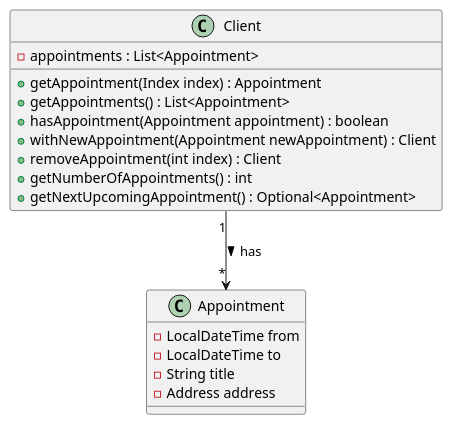
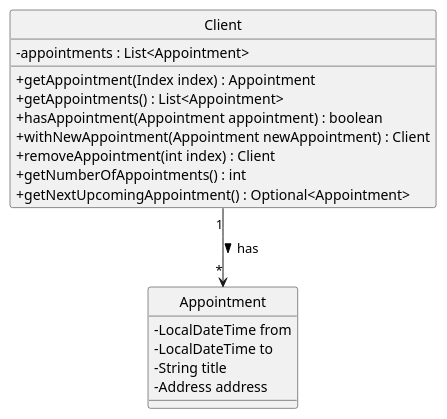
The diagram in docs/diagrams/AppointmentClassDiagram.puml (camille-readbean/tp), drawn with PlantUML before and after one commit. The commit also changed 4 other files, not shown here.

```diff
--- a/docs/diagrams/AppointmentClassDiagram.puml
+++ b/docs/diagrams/AppointmentClassDiagram.puml
@@ -1,27 +1,29 @@
 @startuml
-' un comment the lines below to set icons to `+` and `-` instead
-'skinparam classAttributeIconSize 0
-'skinparam usecaseAttributeIconSize 0
+' uncomment the lines below to set icons to `+` and `-` instead
+skinparam classAttributeIconSize 0
+skinparam usecaseAttributeIconSize 0
+
+hide circle
 
 class Client {
     - appointments : List<Appointment>
 
     + getAppointment(Index index) : Appointment
     + getAppointments() : List<Appointment>
     + hasAppointment(Appointment appointment) : boolean
     + withNewAppointment(Appointment newAppointment) : Client
     + removeAppointment(int index) : Client
     + getNumberOfAppointments() : int
     + getNextUpcomingAppointment() : Optional<Appointment>
 }
 
 class Appointment {
     - LocalDateTime from
     - LocalDateTime to
     - String title
     - Address address
 }
 
 
 Client "1" --> "*" Appointment : has >
 @enduml
```
